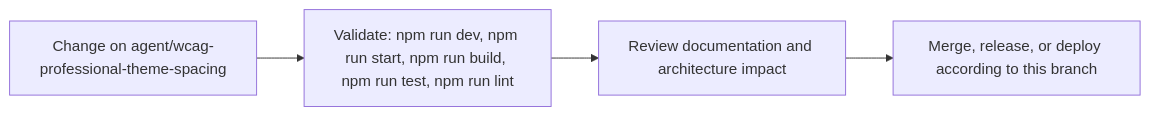
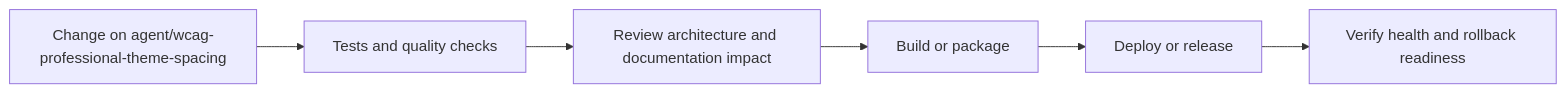
The fifth of 6 diagrams in README.md (Nischhalsubba/BindForge-NW), drawn with Mermaid before and after one commit. The commit also changed other lines of this file, not shown here.

````diff
--- a/README.md
+++ b/README.md
@@ -87,8 +183,8 @@
 ```mermaid
 flowchart LR
-    CHANGE["Change on agent/wcag-professional-theme-spacing"]
-    CHECK["Validate: npm run dev, npm run start, npm run build, npm run test, npm run lint"]
-    REVIEW["Review documentation and architecture impact"]
-    RELEASE["Merge, release, or deploy according to this branch"]
-    CHANGE --> CHECK --> REVIEW --> RELEASE
+    CHANGE["Change on agent/wcag-professional-theme-spacing"] --> CHECK["Tests and quality checks"]
+    CHECK --> REVIEW["Review architecture and documentation impact"]
+    REVIEW --> BUILD["Build or package"]
+    BUILD --> DEPLOY["Deploy or release"]
+    DEPLOY --> VERIFY["Verify health and rollback readiness"]
 ```
````
